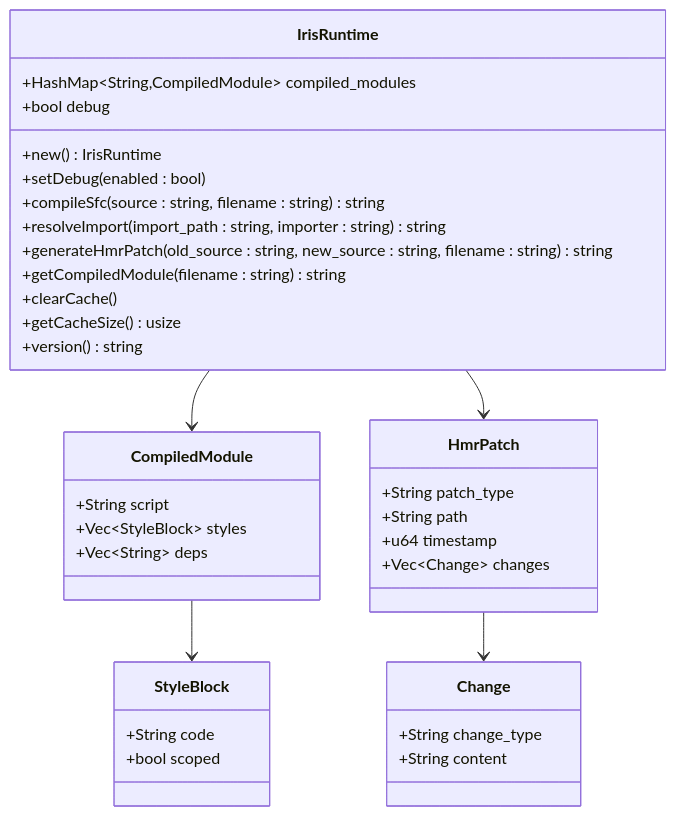
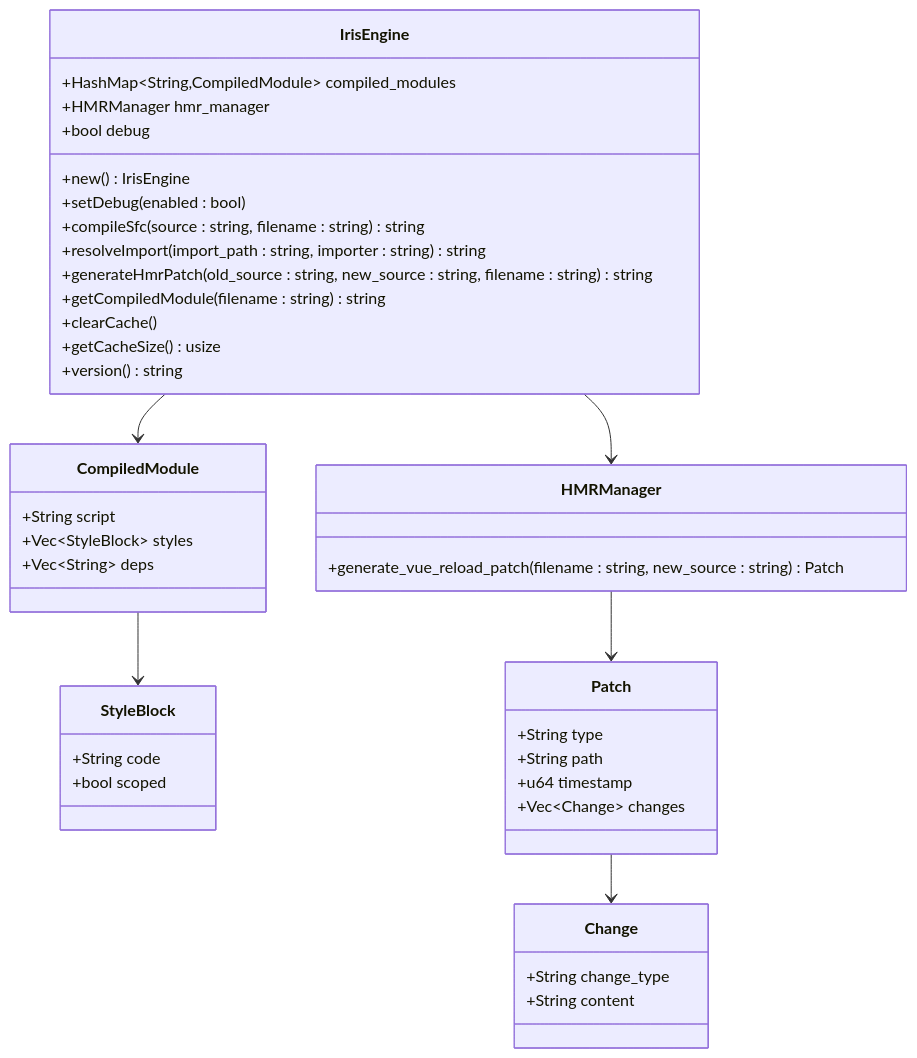
The ninth of 13 diagrams in .qoder/repowiki/zh/content/核心功能特性/工程化与商业化能力/测试框架与基础设施/Iris Runtime CLI工具.md (itszzl-sudo/iris), drawn with Mermaid before and after one commit. The commit also changed other lines of this file and 11 other files, not shown here.

First line of the commit message:
feat: 实现 iris-jetcrab-engine WASM 导出接口

````diff
--- a/.qoder/repowiki/zh/content/核心功能特性/工程化与商业化能力/测试框架与基础设施/Iris Runtime CLI工具.md
+++ b/.qoder/repowiki/zh/content/核心功能特性/工程化与商业化能力/测试框架与基础设施/Iris Runtime CLI工具.md
@@ -447,39 +460,44 @@
 ```mermaid
 classDiagram
-class IrisRuntime {
+class IrisEngine {
 +HashMap~String,CompiledModule~ compiled_modules
++HMRManager hmr_manager
 +bool debug
-+new() IrisRuntime
++new() IrisEngine
 +setDebug(enabled : bool)
 +compileSfc(source : string, filename : string) string
 +resolveImport(import_path : string, importer : string) string
 +generateHmrPatch(old_source : string, new_source : string, filename : string) string
 +getCompiledModule(filename : string) string
 +clearCache()
 +getCacheSize() usize
 +version() string
 }
 class CompiledModule {
 +String script
 +Vec~StyleBlock~ styles
 +Vec~String~ deps
 }
 class StyleBlock {
 +String code
 +bool scoped
 }
-class HmrPatch {
-+String patch_type
+class HMRManager {
++generate_vue_reload_patch(filename : string, new_source : string) Patch
+}
+class Patch {
++String type
 +String path
 +u64 timestamp
 +Vec~Change~ changes
 }
 class Change {
 +String change_type
 +String content
 }
-IrisRuntime --> CompiledModule
+IrisEngine --> CompiledModule
 CompiledModule --> StyleBlock
-IrisRuntime --> HmrPatch
-HmrPatch --> Change
+IrisEngine --> HMRManager
+HMRManager --> Patch
+Patch --> Change
 ```
````
